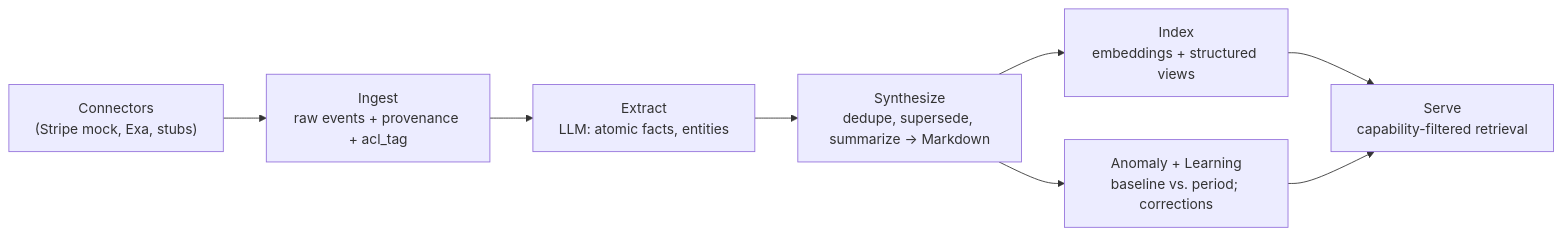
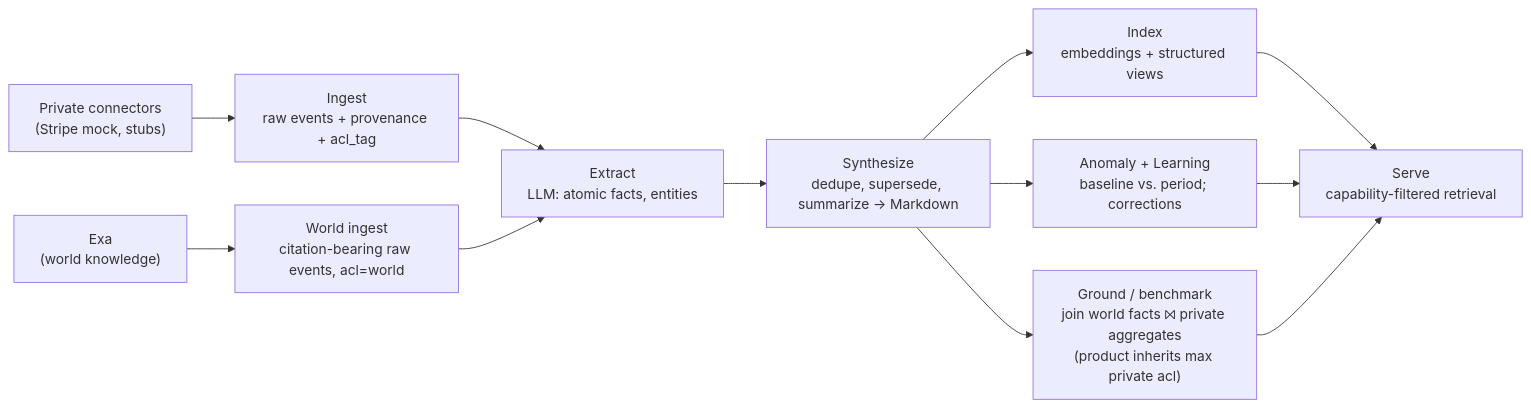
One commit to fractalboxdev/superai2026 changed the diagram in specs/02-brain-memory.md. Above: the diagram before and after it, drawn with Mermaid. The commit also changed other lines of this file and 2 other files, not shown here.

First line of the commit message:
spec: add world memory — Exa world knowledge grounds the private brain

````diff
--- a/specs/02-brain-memory.md
+++ b/specs/02-brain-memory.md
@@ -20,10 +27,14 @@
 ```mermaid
 flowchart LR
-    CON["Connectors<br/>(Stripe mock, Exa, stubs)"] --> ING["Ingest<br/>raw events + provenance + acl_tag"]
+    CON["Private connectors<br/>(Stripe mock, stubs)"] --> ING["Ingest<br/>raw events + provenance + acl_tag"]
+    WCON["Exa<br/>(world knowledge)"] --> WING["World ingest<br/>citation-bearing raw events, acl=world"]
     ING --> EXT["Extract<br/>LLM: atomic facts, entities"]
+    WING --> EXT
     EXT --> SYN["Synthesize<br/>dedupe, supersede, summarize → Markdown"]
     SYN --> IDX["Index<br/>embeddings + structured views"]
     IDX --> SRV["Serve<br/>capability-filtered retrieval"]
     SYN --> ANO["Anomaly + Learning<br/>baseline vs. period; corrections"]
+    SYN --> GRD["Ground / benchmark<br/>join world facts ⨝ private aggregates<br/>(product inherits max private acl)"]
     ANO --> SRV
+    GRD --> SRV
 ```
````
